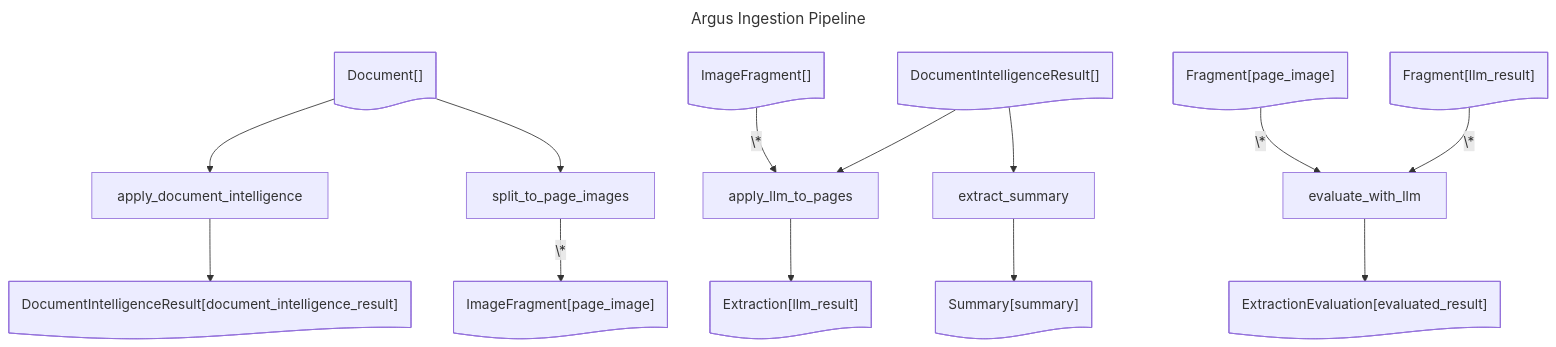
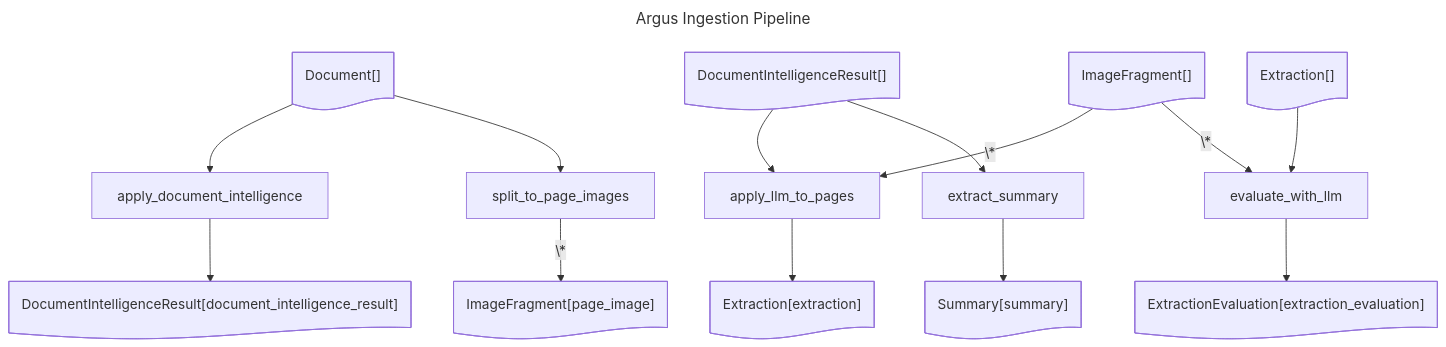
Before and after one commit to Azure-Samples/az-ai-catalyst: the diagram in examples/argus.md, drawn with Mermaid. The commit also changed 7 other files, not shown here.

````diff
--- a/examples/argus.md
+++ b/examples/argus.md
@@ -1,33 +1,32 @@
 ```mermaid
 ---
 title: Argus Ingestion Pipeline
 ---
 flowchart TD
     Document_@{ shape: doc, label: "Document[]" }
     DocumentIntelligenceResult_document_intelligence_result@{ shape: doc, label: "DocumentIntelligenceResult[document_intelligence_result]" }
     apply_document_intelligence@{ shape: rect, label: "apply_document_intelligence" }
     ImageFragment_page_image@{ shape: doc, label: "ImageFragment[page_image]" }
     split_to_page_images@{ shape: rect, label: "split_to_page_images" }
     DocumentIntelligenceResult_@{ shape: doc, label: "DocumentIntelligenceResult[]" }
     ImageFragment_@{ shape: doc, label: "ImageFragment[]" }
-    Extraction_llm_result@{ shape: doc, label: "Extraction[llm_result]" }
+    Extraction_extraction@{ shape: doc, label: "Extraction[extraction]" }
     apply_llm_to_pages@{ shape: rect, label: "apply_llm_to_pages" }
     Summary_summary@{ shape: doc, label: "Summary[summary]" }
     extract_summary@{ shape: rect, label: "extract_summary" }
-    Fragment_llm_result@{ shape: doc, label: "Fragment[llm_result]" }
-    Fragment_page_image@{ shape: doc, label: "Fragment[page_image]" }
-    ExtractionEvaluation_evaluated_result@{ shape: doc, label: "ExtractionEvaluation[evaluated_result]" }
+    Extraction_@{ shape: doc, label: "Extraction[]" }
+    ExtractionEvaluation_extraction_evaluation@{ shape: doc, label: "ExtractionEvaluation[extraction_evaluation]" }
     evaluate_with_llm@{ shape: rect, label: "evaluate_with_llm" }
     Document_ --> apply_document_intelligence
     apply_document_intelligence --> DocumentIntelligenceResult_document_intelligence_result
     Document_ --> split_to_page_images
     split_to_page_images -- \* --> ImageFragment_page_image
     DocumentIntelligenceResult_ --> apply_llm_to_pages
     ImageFragment_ -- \* --> apply_llm_to_pages
-    apply_llm_to_pages --> Extraction_llm_result
+    apply_llm_to_pages --> Extraction_extraction
     DocumentIntelligenceResult_ --> extract_summary
     extract_summary --> Summary_summary
-    Fragment_llm_result -- \* --> evaluate_with_llm
-    Fragment_page_image -- \* --> evaluate_with_llm
-    evaluate_with_llm --> ExtractionEvaluation_evaluated_result
+    Extraction_ --> evaluate_with_llm
+    ImageFragment_ -- \* --> evaluate_with_llm
+    evaluate_with_llm --> ExtractionEvaluation_extraction_evaluation
 ```
````
